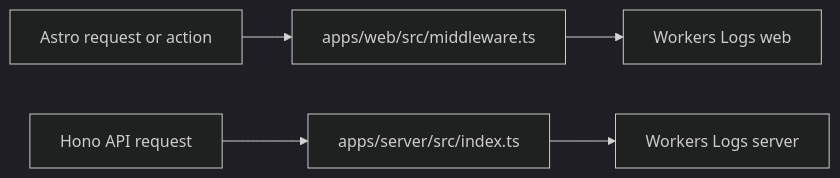
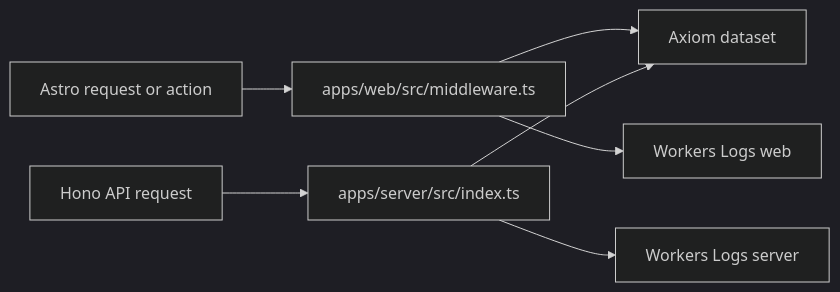
One commit to Simon-Bertram/faber-web-tech changed the diagram in docs/logging.md. Above: the diagram before and after it, drawn with Mermaid (dark theme). The commit also changed other lines of this file and 10 other files, not shown here.

````diff
--- a/docs/logging.md
+++ b/docs/logging.md
@@ -9,11 +9,14 @@
 ```mermaid
 flowchart LR
   astro[Astro request or action]
   hono[Hono API request]
   webMw[apps/web/src/middleware.ts]
   serverMw[apps/server/src/index.ts]
+  axiom[Axiom dataset]
   webLogs[Workers Logs web]
   serverLogs[Workers Logs server]
-  astro --> webMw --> webLogs
-  hono --> serverMw --> serverLogs
+  astro --> webMw --> axiom
+  hono --> serverMw --> axiom
+  webMw --> webLogs
+  serverMw --> serverLogs
 ```
````
